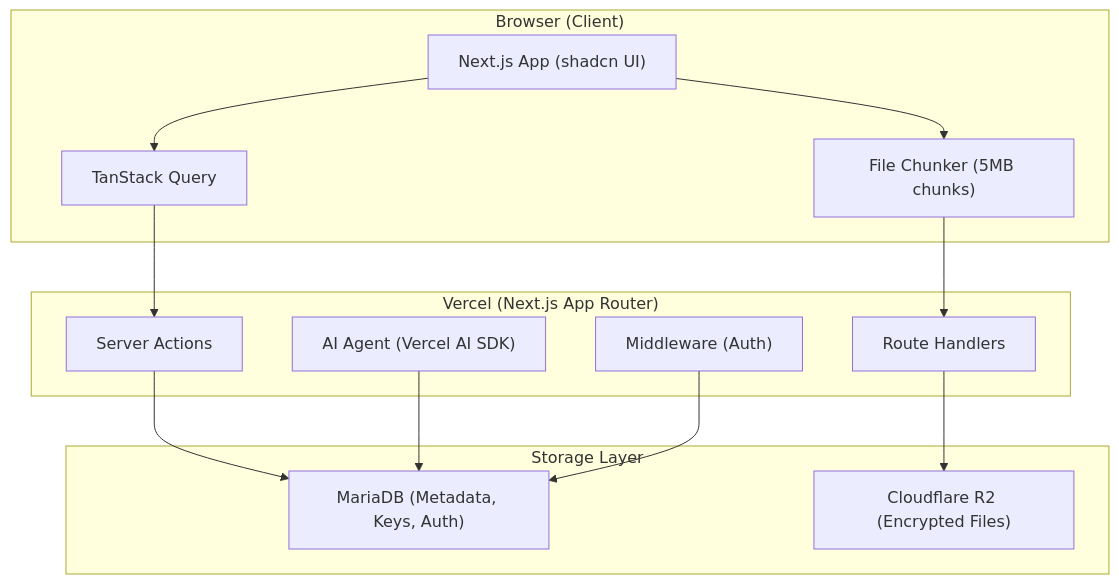
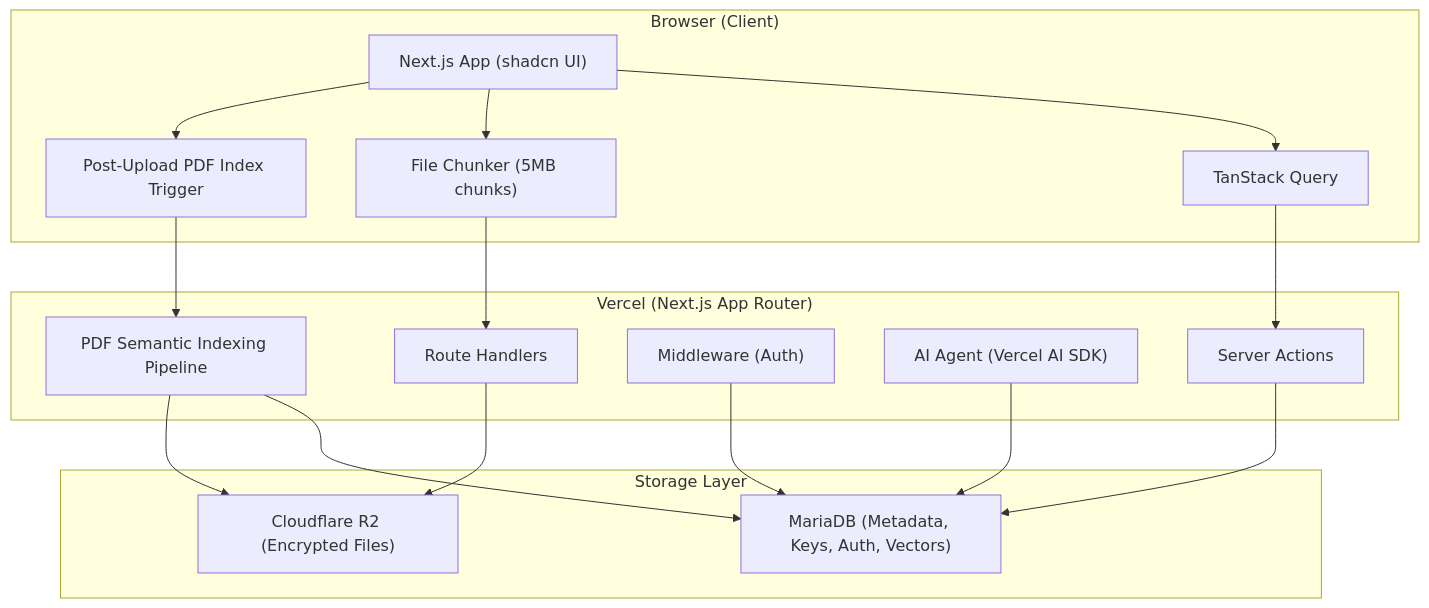
The first of 10 diagrams in docs/02-architecture.md (MariaDB-Hackathon-MY-2026/securevault), drawn with Mermaid before and after one commit. The commit also changed other lines of this file and 16 other files, not shown here.

First line of the commit message:
Add PDF semantic indexing docs

````diff
--- a/docs/02-architecture.md
+++ b/docs/02-architecture.md
@@ -5,27 +5,32 @@
 ```mermaid
 graph TB
     subgraph Client["Browser (Client)"]
         UI["Next.js App (shadcn UI)"]
         TQ["TanStack Query"]
         Chunker["File Chunker (5MB chunks)"]
+        Trigger["Post-Upload PDF Index Trigger"]
     end
 
     subgraph Vercel["Vercel (Next.js App Router)"]
         SA["Server Actions"]
         RH["Route Handlers"]
         MW["Middleware (Auth)"]
         AI["AI Agent (Vercel AI SDK)"]
+        IDX["PDF Semantic Indexing Pipeline"]
     end
 
     subgraph Storage["Storage Layer"]
-        MDB["MariaDB (Metadata, Keys, Auth)"]
+        MDB["MariaDB (Metadata, Keys, Auth, Vectors)"]
         R2["Cloudflare R2 (Encrypted Files)"]
     end
 
     UI --> TQ --> SA
     UI --> Chunker --> RH
+    UI --> Trigger --> IDX
     SA --> MDB
     RH --> R2
     AI --> MDB
+    IDX --> MDB
+    IDX --> R2
     MW --> MDB
 ```
````
